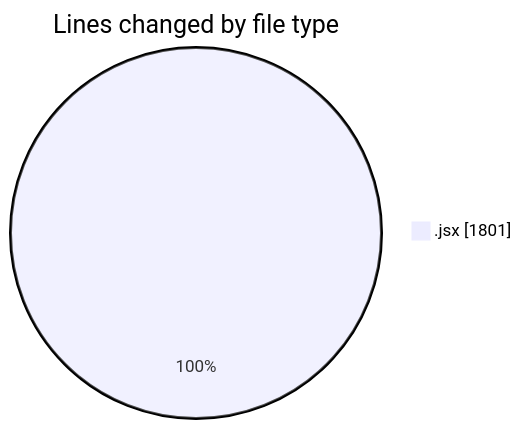
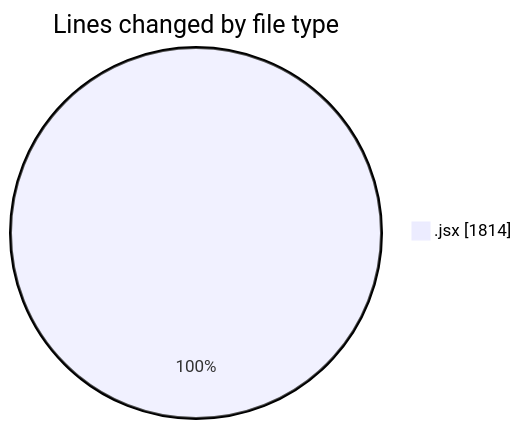
The first of 2 diagrams in 2025-05-13/argos-dev/README.md (nxtqubesakshisongat/code-tracking), drawn with Mermaid before and after one commit. The commit also changed other lines of this file and 1 other file, not shown here.

````diff
--- a/2025-05-13/argos-dev/README.md
+++ b/2025-05-13/argos-dev/README.md
@@ -23,5 +23,5 @@
 ```mermaid
 pie showData
 title Lines changed by file type
-".jsx" : 1801
+".jsx" : 1814
 ```
````
